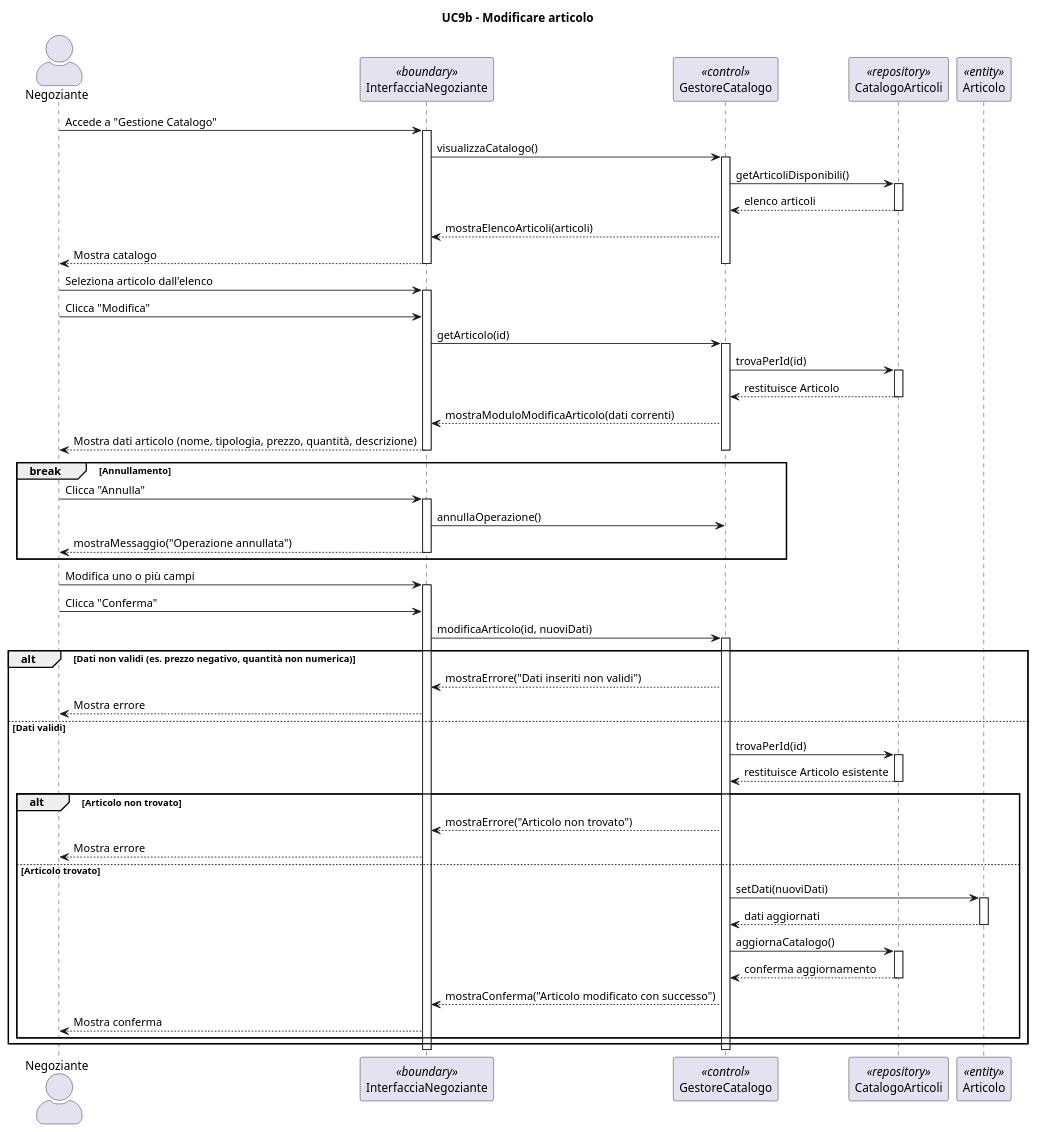
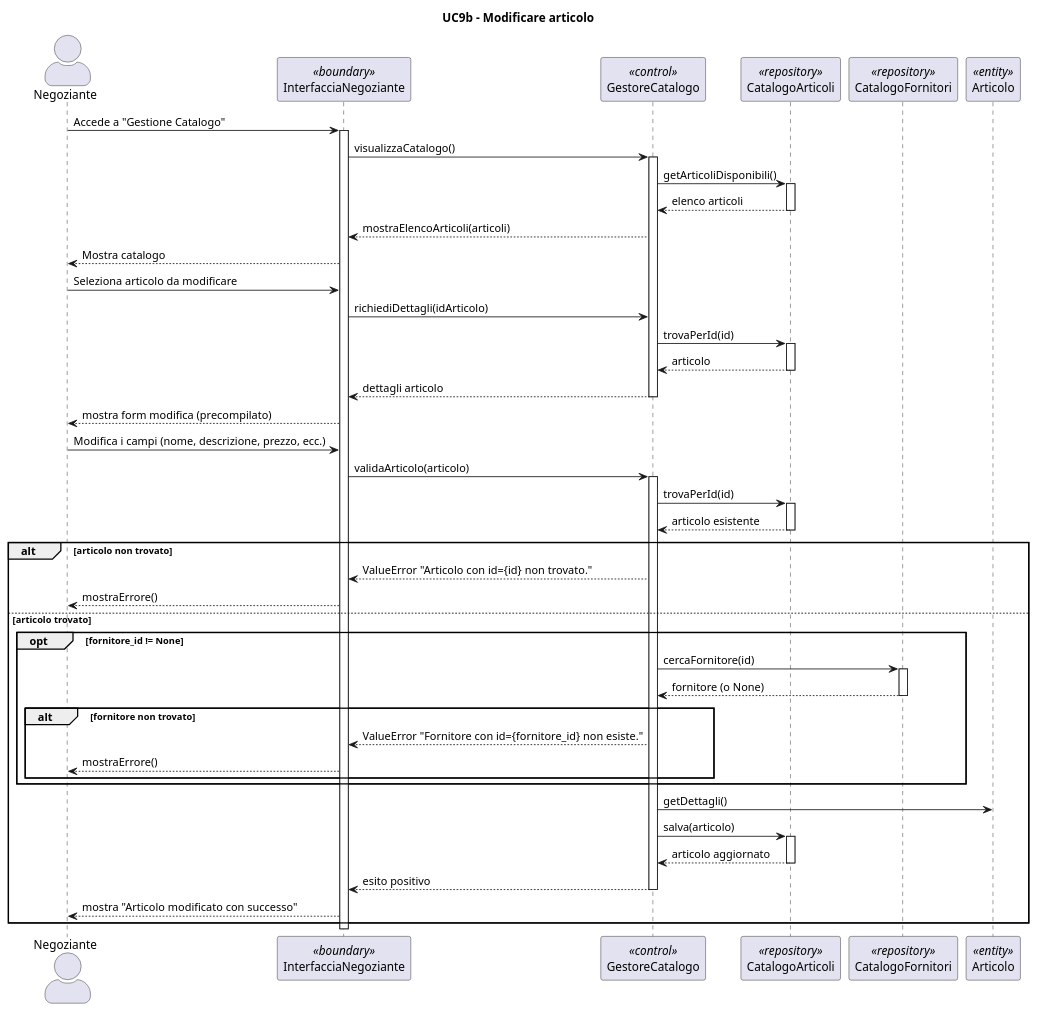
The diagram in diagrammiUML/diagrammi di sequenza/UC9b_Modificare_Articolo.puml (Samepsilon/FloWare), drawn with PlantUML before and after one commit. The commit also changed 19 other files, not shown here.

Commit message:
fine diagrammi di sequenza

```diff
--- a/diagrammiUML/diagrammi di sequenza/UC9b_Modificare_Articolo.puml
+++ b/diagrammiUML/diagrammi di sequenza/UC9b_Modificare_Articolo.puml
@@ -1,86 +1,71 @@
 @startuml
 title UC9b - Modificare articolo
 skinparam actorStyle awesome
 
 actor "Negoziante" as N
 participant "InterfacciaNegoziante" as IN <<boundary>>
-participant "GestoreCatalogo" as G <<control>>
+participant "GestoreCatalogo" as GC <<control>>
 participant "CatalogoArticoli" as CA <<repository>>
+participant "CatalogoFornitori" as CF <<repository>>
 participant "Articolo" as A <<entity>>
 
 N -> IN: Accede a "Gestione Catalogo"
 activate IN
-IN -> G: visualizzaCatalogo()
-activate G
-G -> CA: getArticoliDisponibili()
+IN -> GC: visualizzaCatalogo()
+activate GC
+GC -> CA: getArticoliDisponibili()
 activate CA
-CA --> G: elenco articoli
+CA --> GC: elenco articoli
 deactivate CA
-G --> IN: mostraElencoArticoli(articoli)
+GC --> IN: mostraElencoArticoli(articoli)
 IN --> N: Mostra catalogo
-deactivate G
-deactivate IN
 
-N -> IN: Seleziona articolo dall'elenco
-activate IN
-N -> IN: Clicca "Modifica"
-IN -> G: getArticolo(id)
-activate G
-G -> CA: trovaPerId(id)
+N -> IN: Seleziona articolo da modificare
+
+IN -> GC: richiediDettagli(idArticolo)
+GC -> CA: trovaPerId(id)
 activate CA
-CA --> G: restituisce Articolo
+CA --> GC: articolo
 deactivate CA
-G --> IN: mostraModuloModificaArticolo(dati correnti)
-IN --> N: Mostra dati articolo (nome, tipologia, prezzo, quantità, descrizione)
-deactivate G
-deactivate IN
+GC --> IN: dettagli articolo
+deactivate GC
+IN --> N: mostra form modifica (precompilato)
 
-break Annullamento
-    N -> IN: Clicca "Annulla"
-    activate IN
-    IN -> G: annullaOperazione()
-    IN --> N: mostraMessaggio("Operazione annullata")
-    deactivate IN
+N -> IN: Modifica i campi (nome, descrizione, prezzo, ecc.)
+IN -> GC: validaArticolo(articolo)
+activate GC
+
+GC -> CA: trovaPerId(id)
+activate CA
+CA --> GC: articolo esistente
+deactivate CA
+
+alt articolo non trovato
+    GC --> IN: ValueError "Articolo con id={id} non trovato."
+    IN --> N: mostraErrore()
+else articolo trovato
+    opt fornitore_id != None
+        GC -> CF: cercaFornitore(id)
+        activate CF
+        CF --> GC: fornitore (o None)
+        deactivate CF
+
+        alt fornitore non trovato
+            GC --> IN: ValueError "Fornitore con id={fornitore_id} non esiste."
+            IN --> N: mostraErrore()
+        end
+    end
+
+    GC -> A: getDettagli()
+    GC -> CA: salva(articolo)
+    activate CA
+    CA --> GC: articolo aggiornato
+    deactivate CA
+
+    GC --> IN: esito positivo
+    deactivate GC
+    IN --> N: mostra "Articolo modificato con successo"
 end
 
-N -> IN: Modifica uno o più campi
-activate IN
-N -> IN: Clicca "Conferma"
-
-IN -> G: modificaArticolo(id, nuoviDati)
-activate G
-
-alt Dati non validi (es. prezzo negativo, quantità non numerica)
-    G --> IN: mostraErrore("Dati inseriti non validi")
-    IN --> N: Mostra errore
-    
-else Dati validi
-    G -> CA: trovaPerId(id)
-    activate CA
-    CA --> G: restituisce Articolo esistente
-    deactivate CA
-    
-    alt Articolo non trovato
-        G --> IN: mostraErrore("Articolo non trovato")
-        IN --> N: Mostra errore
-        
-    else Articolo trovato
-        G -> A: setDati(nuoviDati)
-        activate A
-        A --> G: dati aggiornati
-        deactivate A
-        
-        G -> CA: aggiornaCatalogo()
-        activate CA
-        CA --> G: conferma aggiornamento
-        deactivate CA
-        
-        G --> IN: mostraConferma("Articolo modificato con successo")
-        IN --> N: Mostra conferma
-    end
-end
-
-deactivate G
 deactivate IN
-
 @enduml
```
